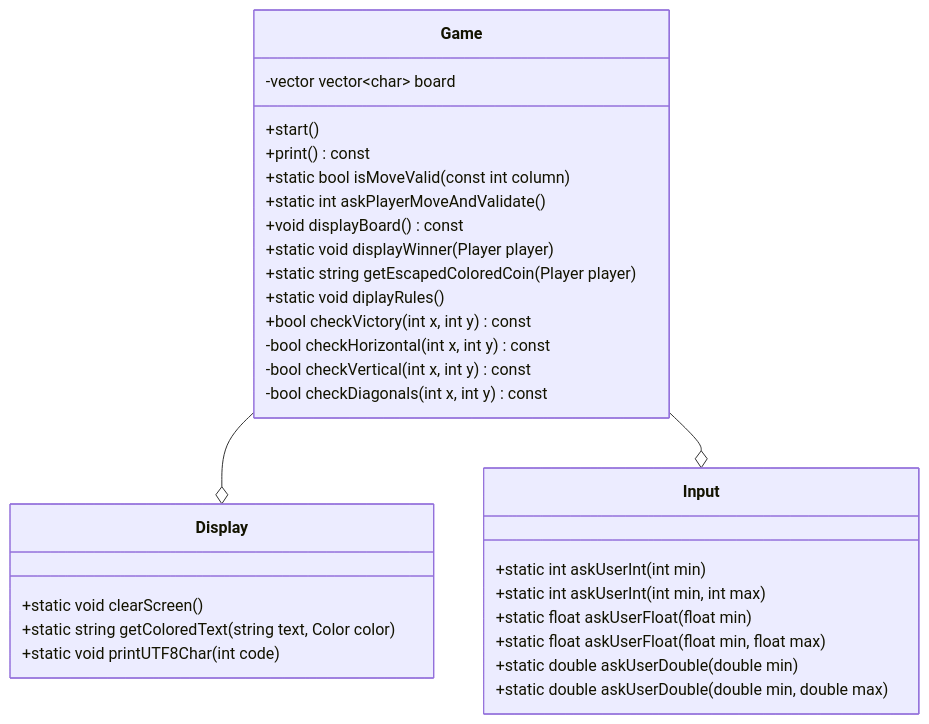
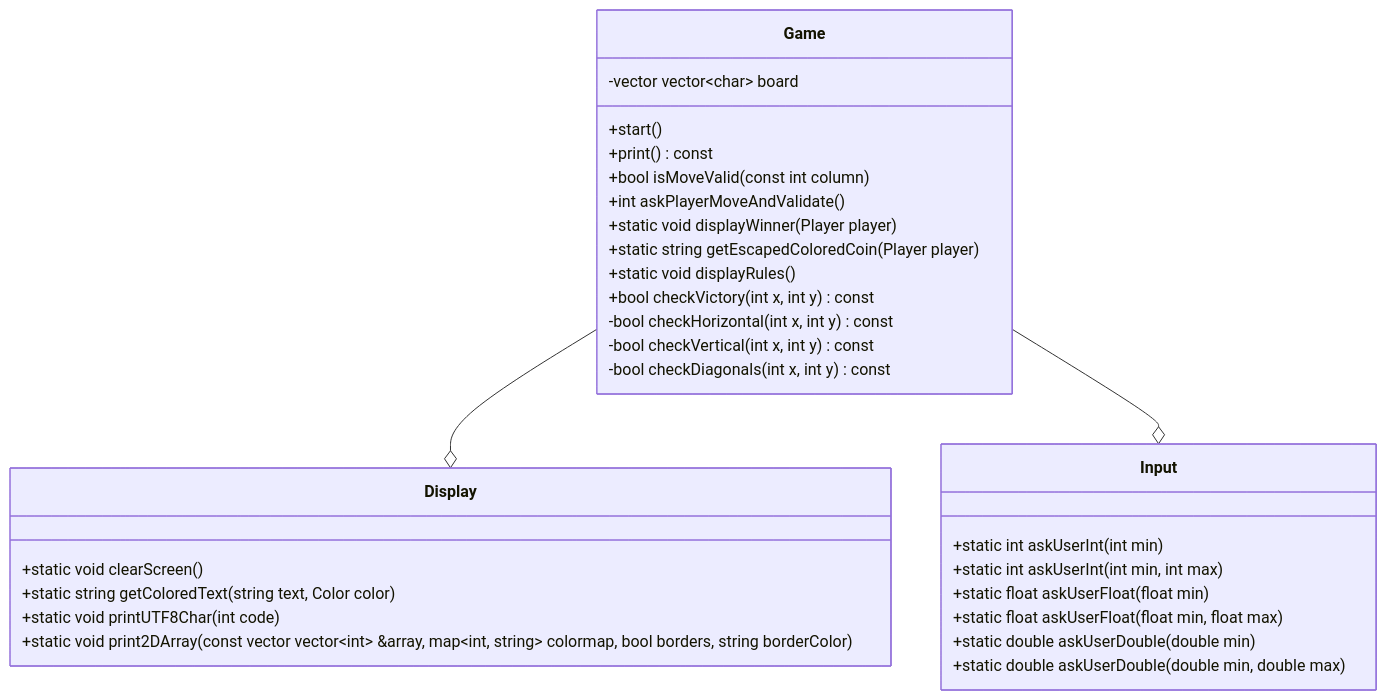
Before and after one commit to HEIGVD-PRG1-F-2022/lab05-refactor-emily-samuel: the diagram in README.md, drawn with Mermaid.

Commit message:
readme: update schema

````diff
--- a/README.md
+++ b/README.md
@@ -4,33 +4,33 @@
 ```mermaid
 classDiagram
 	Game --o Display
 	Game --o Input
 	class Display {
 		+static void clearScreen()
 		+static string getColoredText(string text, Color color)
 		+static void printUTF8Char(int code)
+		+static void print2DArray(const vector vector~int~ &array, map~int, char~ charmap, map~int, string~ colormap, bool borders, string borderColor)
 	}
 	class Input {
 		+static int askUserInt(int min)
 		+static int askUserInt(int min, int max)
 		+static float askUserFloat(float min)
 		+static float askUserFloat(float min, float max)
 		+static double askUserDouble(double min)
 		+static double askUserDouble(double min, double max)
 	}
 	class Game {
 		-vector vector~char~ board
 		+start()
 		+print() const
-		+static bool isMoveValid(const int column)
-		+static int askPlayerMoveAndValidate()
-		+void displayBoard() const
+		+bool isMoveValid(const int column)
+		+int askPlayerMoveAndValidate()
 		+static void displayWinner(Player player)
 		+static string getEscapedColoredCoin(Player player)
-		+static void diplayRules()
+		+static void displayRules()
 		+bool checkVictory(int x, int y) const
 		-bool checkHorizontal(int x, int y) const
 		-bool checkVertical(int x, int y) const
 		-bool checkDiagonals(int x, int y) const
 	}
 ```
````
